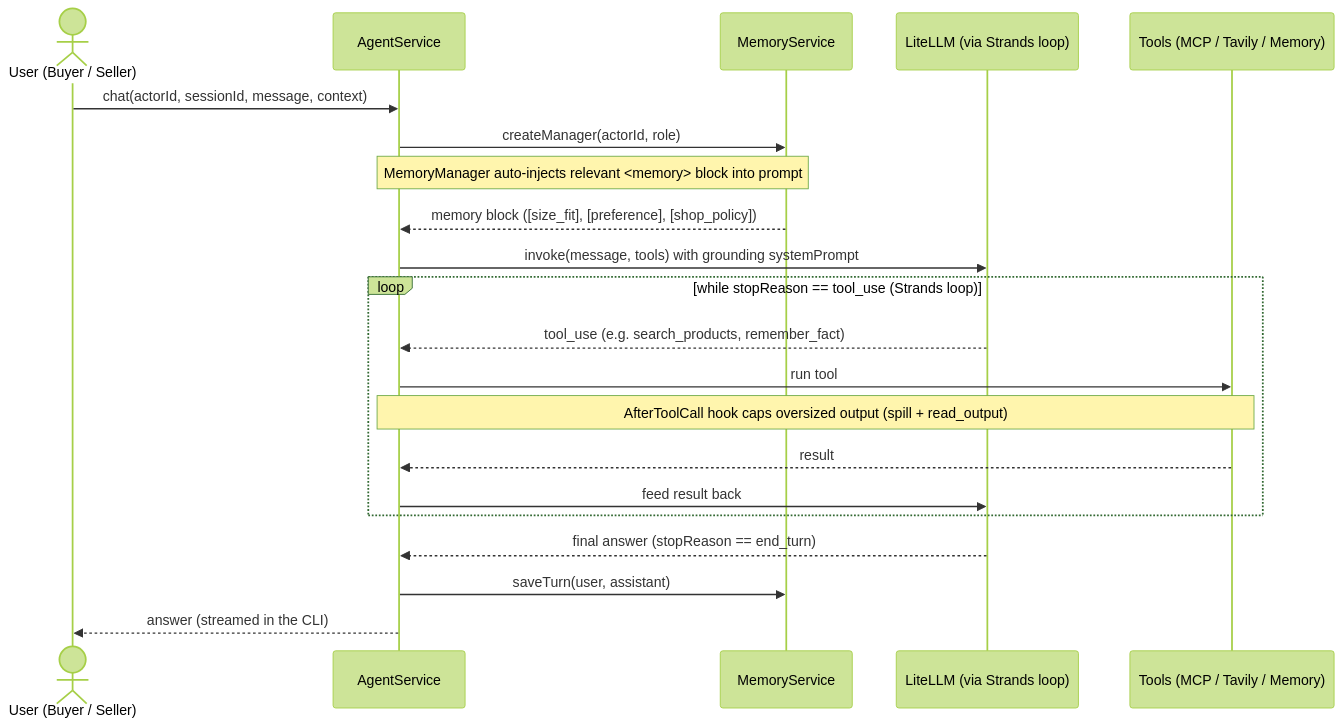
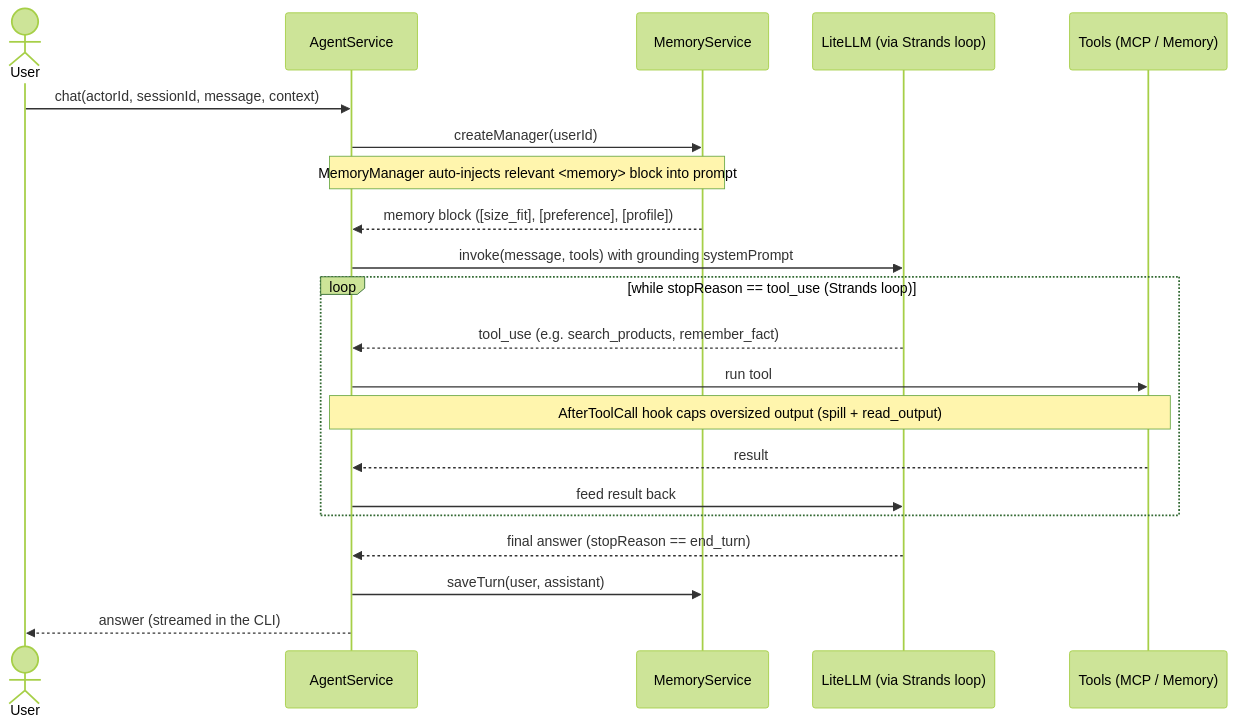
Before and after one commit to shopnexus/agent: the second of 3 diagrams in README.md, drawn with Mermaid (forest theme). The commit also changed other lines of this file and 5 other files, not shown here.

````diff
--- a/README.md
+++ b/README.md
@@ -58,24 +53,24 @@
 ```mermaid
 sequenceDiagram
-  actor U as User (Buyer / Seller)
+  actor U as User
   participant A as AgentService
   participant M as MemoryService
   participant L as LiteLLM (via Strands loop)
-  participant T as Tools (MCP / Tavily / Memory)
+  participant T as Tools (MCP / Memory)
 
   U->>A: chat(actorId, sessionId, message, context)
-  A->>M: createManager(actorId, role)
+  A->>M: createManager(userId)
   Note over A,M: MemoryManager auto-injects relevant <memory> block into prompt
-  M-->>A: memory block ([size_fit], [preference], [shop_policy])
+  M-->>A: memory block ([size_fit], [preference], [profile])
   A->>L: invoke(message, tools) with grounding systemPrompt
   loop while stopReason == tool_use (Strands loop)
     L-->>A: tool_use (e.g. search_products, remember_fact)
     A->>T: run tool
     Note over A,T: AfterToolCall hook caps oversized output (spill + read_output)
     T-->>A: result
     A->>L: feed result back
   end
   L-->>A: final answer (stopReason == end_turn)
   A->>M: saveTurn(user, assistant)
   A-->>U: answer (streamed in the CLI)
 ```
````
